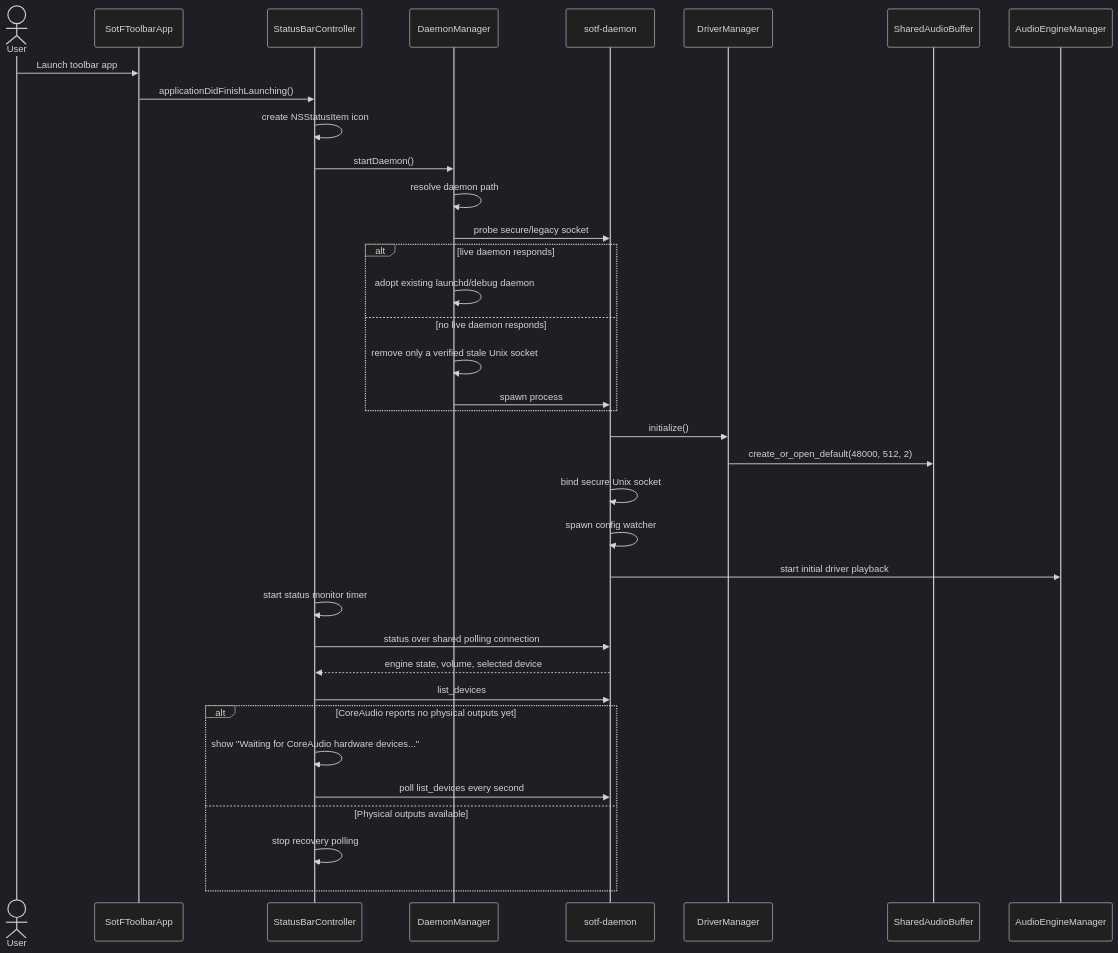
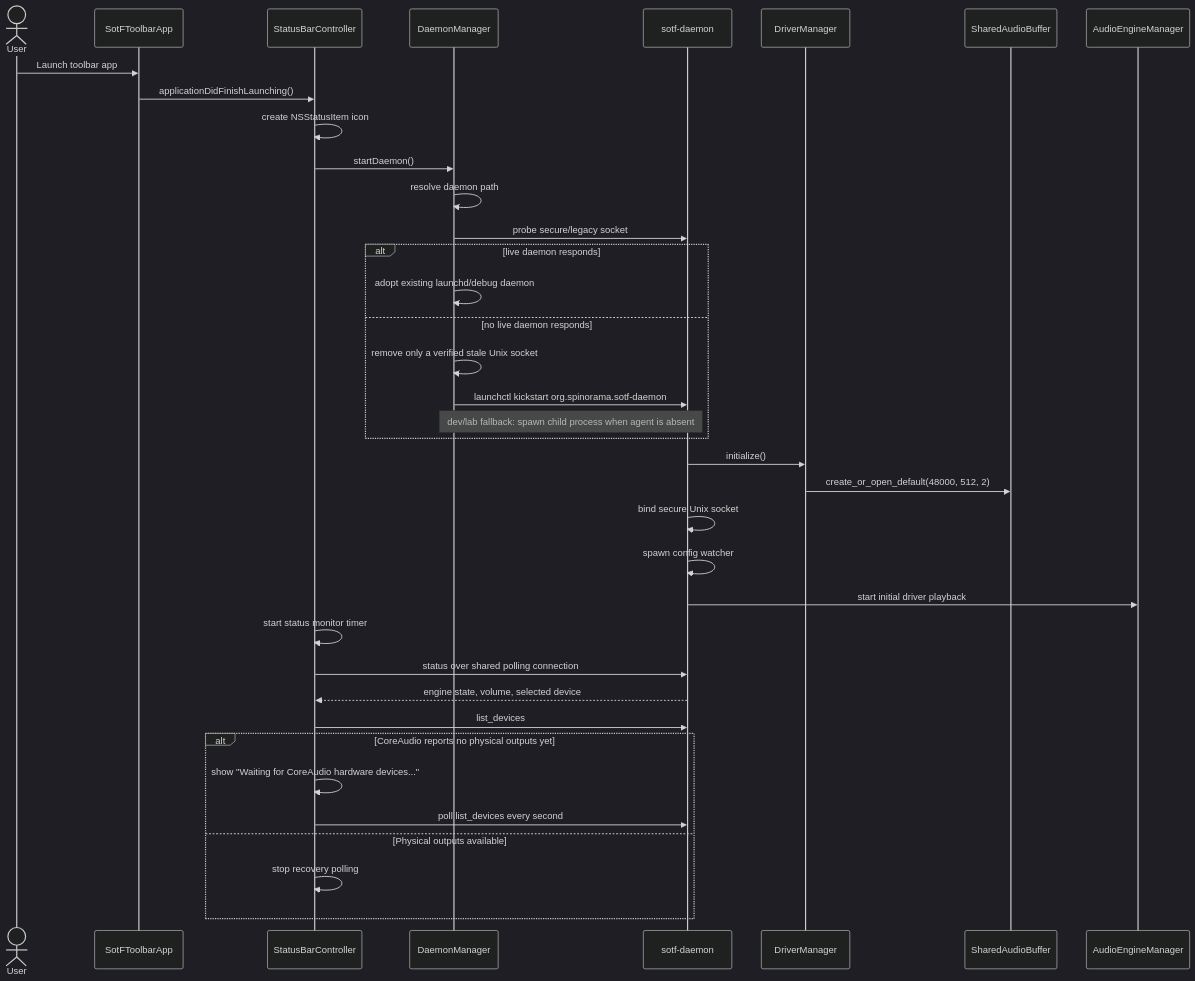
Before and after one commit to pierreaubert/sotf: the fourth of 13 diagrams in crates/systemwide/ARCHITECTURE.md, drawn with Mermaid (dark theme). The commit also changed other lines of this file and 6 other files, not shown here.

````diff
--- a/crates/systemwide/ARCHITECTURE.md
+++ b/crates/systemwide/ARCHITECTURE.md
@@ -432,39 +445,40 @@
 ```mermaid
 sequenceDiagram
     actor User
     participant App as SotFToolbarApp
     participant Status as StatusBarController
     participant Dm as DaemonManager
     participant Daemon as sotf-daemon
     participant Driver as DriverManager
     participant Shm as SharedAudioBuffer
     participant Engine as AudioEngineManager
 
     User->>App: Launch toolbar app
     App->>Status: applicationDidFinishLaunching()
     Status->>Status: create NSStatusItem icon
     Status->>Dm: startDaemon()
     Dm->>Dm: resolve daemon path
     Dm->>Daemon: probe secure/legacy socket
     alt live daemon responds
         Dm->>Dm: adopt existing launchd/debug daemon
     else no live daemon responds
         Dm->>Dm: remove only a verified stale Unix socket
-        Dm->>Daemon: spawn process
+        Dm->>Daemon: launchctl kickstart org.spinorama.sotf-daemon
+        Note over Dm,Daemon: dev/lab fallback: spawn child process when agent is absent
     end
     Daemon->>Driver: initialize()
     Driver->>Shm: create_or_open_default(48000, 512, 2)
     Daemon->>Daemon: bind secure Unix socket
     Daemon->>Daemon: spawn config watcher
     Daemon->>Engine: start initial driver playback
     Status->>Status: start status monitor timer
     Status->>Daemon: status over shared polling connection
     Daemon-->>Status: engine state, volume, selected device
     Status->>Daemon: list_devices
     alt CoreAudio reports no physical outputs yet
         Status->>Status: show "Waiting for CoreAudio hardware devices..."
         Status->>Daemon: poll list_devices every second
     else Physical outputs available
         Status->>Status: stop recovery polling
     end
 ```
````
